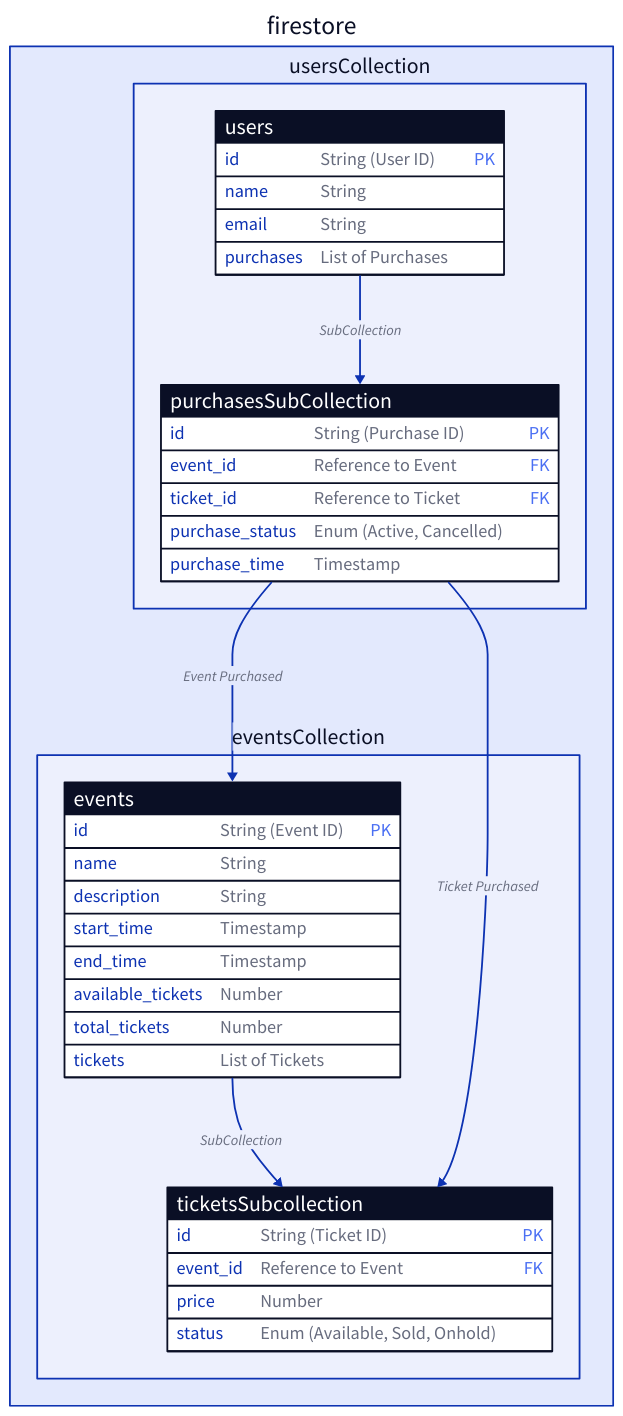
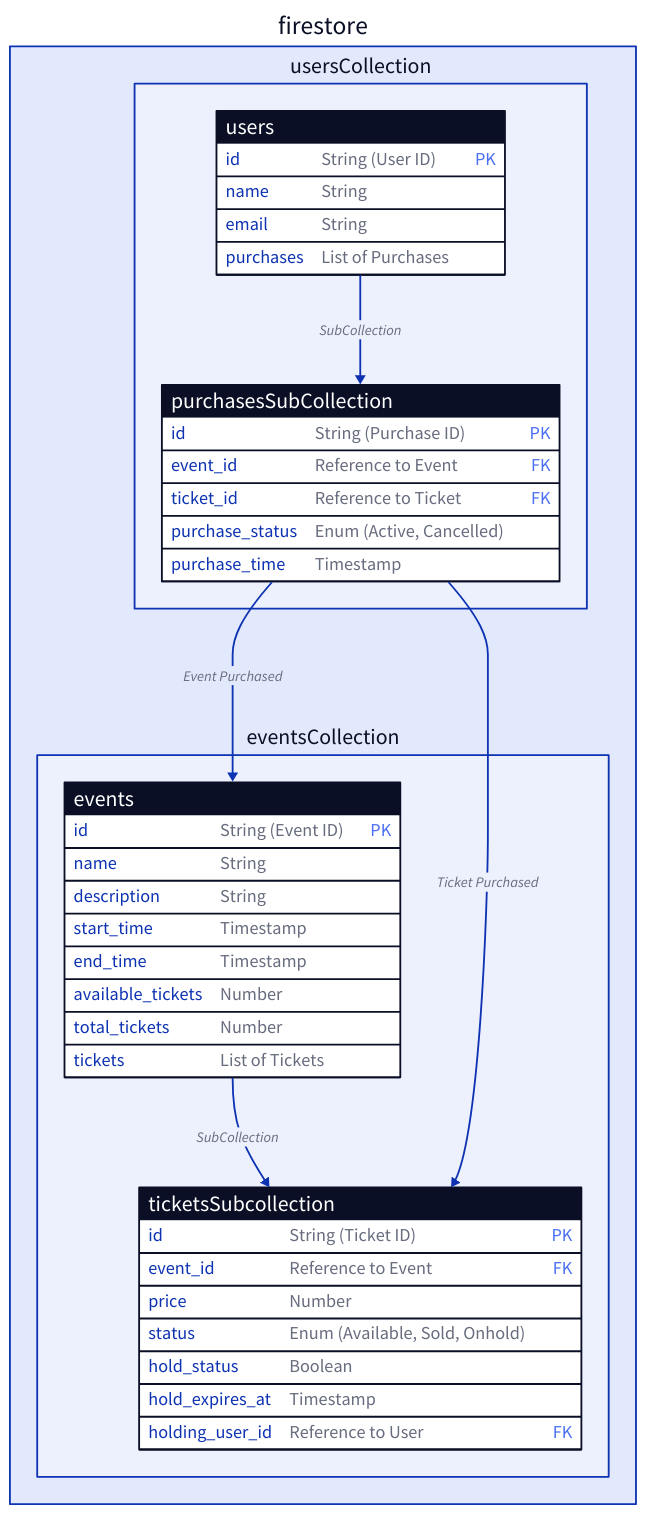
Before and after one commit to malikalbeik/Carv-Coding-Challenge: the diagram in architecture/data-model.d2, drawn with D2. The commit also changed 2 other files, not shown here.

```diff
--- a/architecture/data-model.d2
+++ b/architecture/data-model.d2
@@ -1,46 +1,49 @@
 firestore: {
   eventsCollection: {
     events: {
       shape: sql_table
       id: "String (Event ID)" {constraint: primary_key}
       name: "String"
       description: "String"
       start_time: "Timestamp"
       end_time: "Timestamp"
       available_tickets: "Number"
       total_tickets: "Number"
       tickets: "List of Tickets"
     }
 
     ticketsSubcollection: {
       shape: sql_table
       id: "String (Ticket ID)" {constraint: primary_key}
       event_id: "Reference to Event" {constraint: foreign_key}
       price: "Number"
       status: "Enum (Available, Sold, Onhold)"
-    }
+      hold_status: "Boolean"
+      hold_expires_at: "Timestamp"
+      holding_user_id: "Reference to User"  {constraint: foreign_key}
+}
   }
 
   usersCollection: {
     users: {
       shape: sql_table
       id: "String (User ID)" {constraint: primary_key}
       name: "String"
       email: "String"
       purchases: "List of Purchases"
     }
     purchasesSubCollection: {
       shape: sql_table
       id: "String (Purchase ID)" {constraint: primary_key}
       event_id: "Reference to Event" {constraint: foreign_key}
       ticket_id: "Reference to Ticket" {constraint: foreign_key}
       purchase_status: "Enum (Active, Cancelled)"
       purchase_time: "Timestamp"
     }
   }
 }
 
 firestore.eventsCollection.events.tickets -> firestore.eventsCollection.ticketsSubcollection: "SubCollection"
 firestore.usersCollection.users.purchases -> firestore.usersCollection.purchasesSubCollection: "SubCollection"
 firestore.usersCollection.purchasesSubCollection.event_id -> firestore.eventsCollection.events: "Event Purchased"
 firestore.usersCollection.purchasesSubCollection.ticket_id -> firestore.eventsCollection.ticketsSubcollection: "Ticket Purchased"
```
